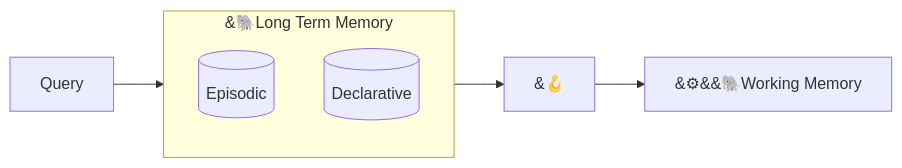
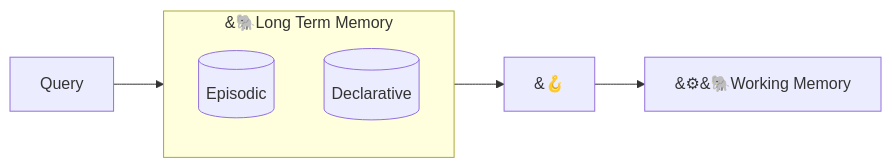
Before and after one commit to cheshire-cat-ai/docs: the diagram in mkdocs/conceptual/memory/long_term_memory.md, drawn with Mermaid. The commit also changed other lines of this file and 8 other files, not shown here.

````diff
--- a/mkdocs/conceptual/memory/long_term_memory.md
+++ b/mkdocs/conceptual/memory/long_term_memory.md
@@ -19,11 +19,11 @@
 ```mermaid
 flowchart LR
     subgraph LTM ["&#128024;Long Term Memory"]
             direction TB
             C[(Episodic)];
             D[(Declarative)];
     end
     A[Query] --> LTM; 
     LTM --> E["&#129693;"];
-    E["&#129693;"] --> wm["&#9881;&#65039;&#128024;Working Memory"];
+    E["&#129693;"] --> wm["&#9881;&#128024;Working Memory"];
 ```
````
